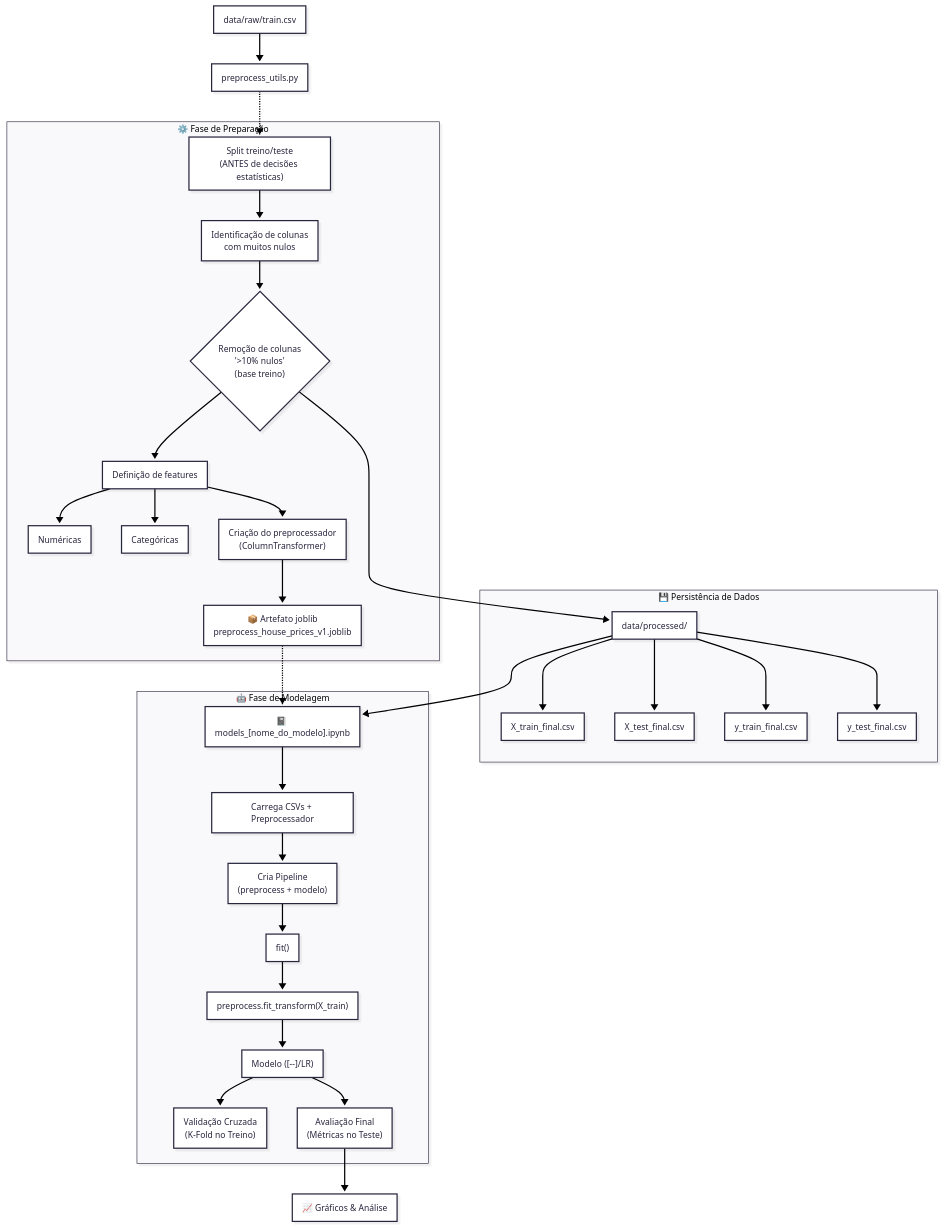
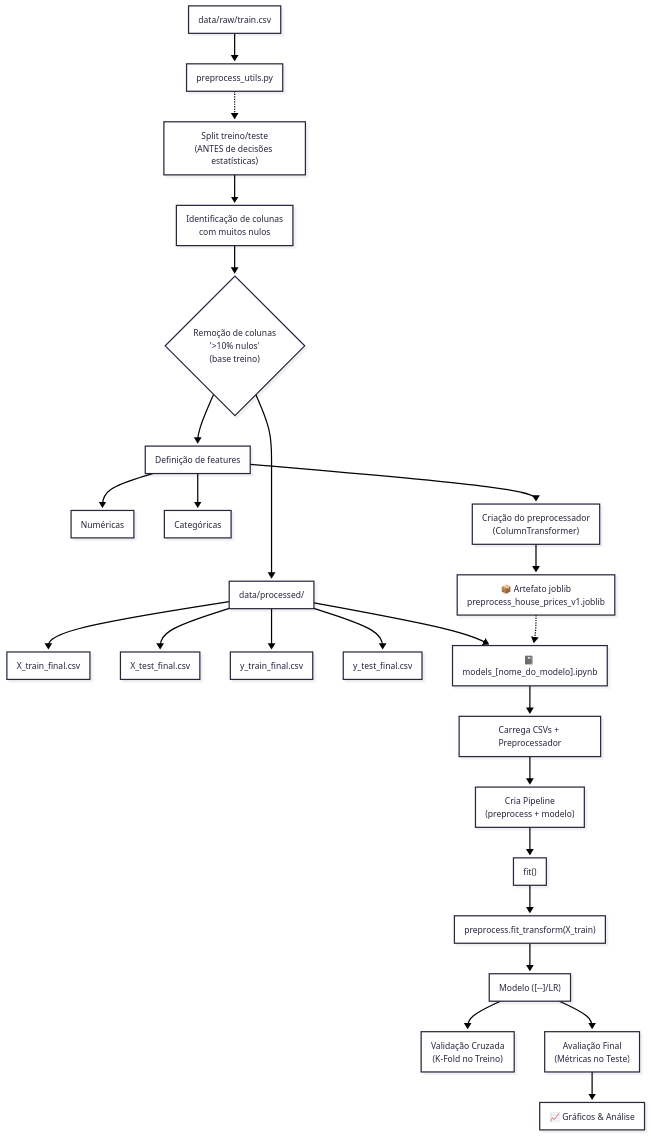
Before and after one commit to albertoakel/Kaggle: the diagram in HousePrices/README.md, drawn with Mermaid.

````diff
--- a/HousePrices/README.md
+++ b/HousePrices/README.md
@@ -99,60 +99,54 @@
 ```mermaid
 ---
 config:
   theme: redux
   layout: dagre
   look: neo
 ---
 flowchart TB
- subgraph s1["⚙️ Fase de Preparação"]
         B1["Split treino/teste<br>(ANTES de decisões estatísticas)"]
         B2["Identificação de colunas<br>com muitos nulos"]
         B3@{ label: "Remoção de colunas<br>'&gt;10% nulos'<br>(base treino)" }
         B4["Definição de features"]
         B4a["Numéricas"]
         B4b["Categóricas"]
         B5["Criação do preprocessador<br>(ColumnTransformer)"]
         B6["📦 Artefato joblib<br>preprocess_house_prices_v1.joblib"]
-  end
- subgraph Persistencia["💾 Persistência de Dados"]
+ 
         C["data/processed/"]
         C1["X_train_final.csv"]
         C2["X_test_final.csv"]
         C3["y_train_final.csv"]
         C4["y_test_final.csv"]
-  end
- subgraph Treinamento["🤖 Fase de Modelagem"]
+ 
         D["📓 models_[nome_do_modelo].ipynb"]
         D1["Carrega CSVs + Preprocessador"]
         D2["Cria Pipeline<br>(preprocess + modelo)"]
         E["fit()"]
         E1["preprocess.fit_transform(X_train)"]
         F["Modelo ([--]/LR)"]
         G["Validação Cruzada<br>(K-Fold no Treino)"]
         H["Avaliação Final<br>(Métricas no Teste)"]
-  end
+
     A["data/raw/train.csv"] --> B["preprocess_utils.py"]
     B L_B_B1_0@-.-> B1
     B1 --> B2
     B2 --> B3
     B3 --> B4 & C
     B4 --> B4a & B4b & B5
     B5 --> B6
     C --> C1 & C2 & C3 & C4 & D
     B6 -.-> D
     D --> D1
     D1 --> D2
     D2 --> E
     E --> E1
     E1 --> F
     F --> G & H
     H --> I["📈 Gráficos & Análise"]
 
     B3@{ shape: diam}
-    classDef fase_prep fill:##f0f0f0,stroke:#f05252,color:#000
-    classDef fase_data fill:##f0f0f0,stroke:#0ea5e9,color:#000
-    classDef fase_model fill:##f0f0f0,stroke:#22c55e,color:#000
     linkStyle 1 stroke:#000000
 
     L_B_B1_0@{ curve: natural }
 ```
````
